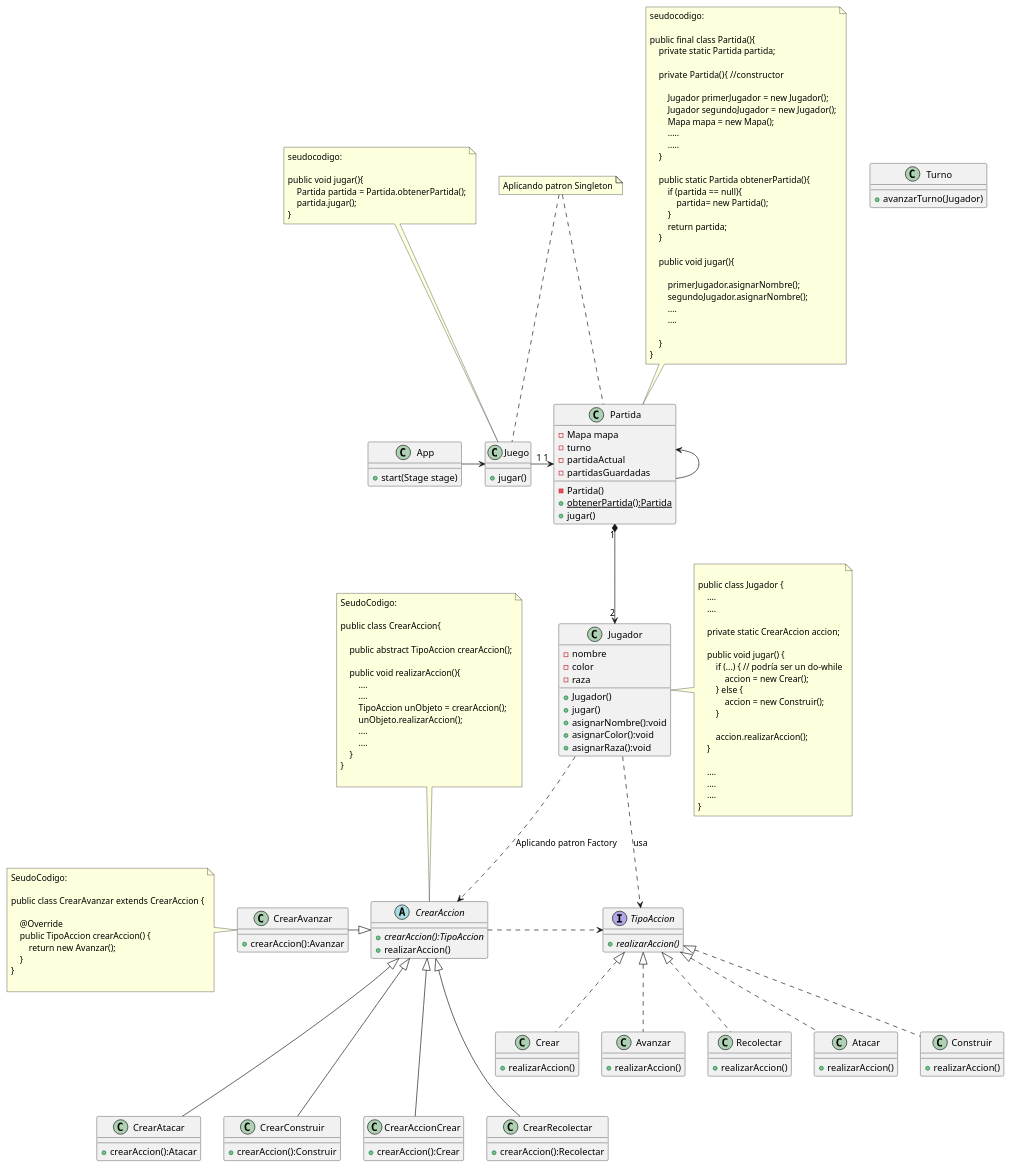
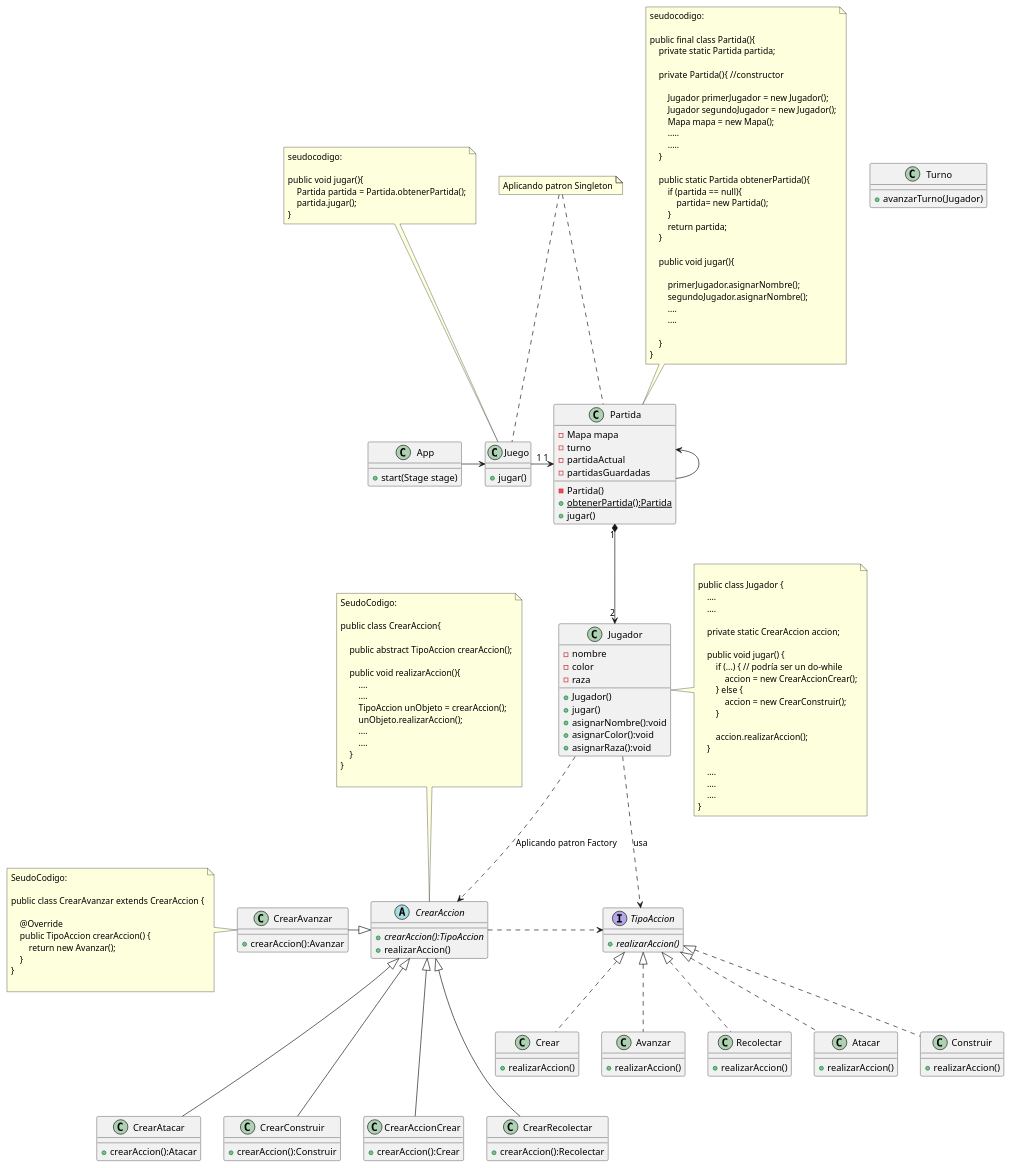
The diagram in diagrams/classes/ModeloVersion3-Partida.puml (GiaWong/Algo3_TP2_2C2022), drawn with PlantUML before and after one commit.

Commit message:
Aplicando patron Strategy a Jugador - DiagramaClase

```diff
--- a/diagrams/classes/ModeloVersion3-Partida.puml
+++ b/diagrams/classes/ModeloVersion3-Partida.puml
@@ -214,9 +214,9 @@
 
         public void jugar() {
             if (...) { // podría ser un do-while
-                accion = new Crear();
+                accion = new CrearAccionCrear();
             } else {
-                accion = new Construir();
+                accion = new CrearConstruir();
             }
 
             accion.realizarAccion();
```
